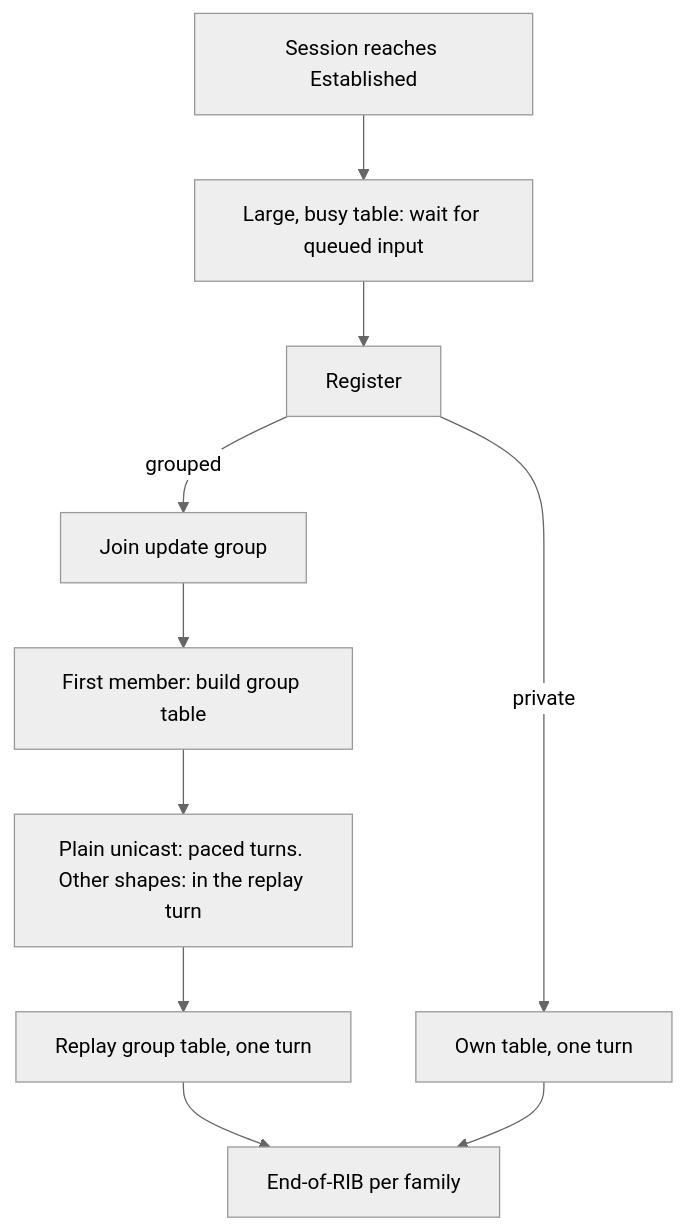
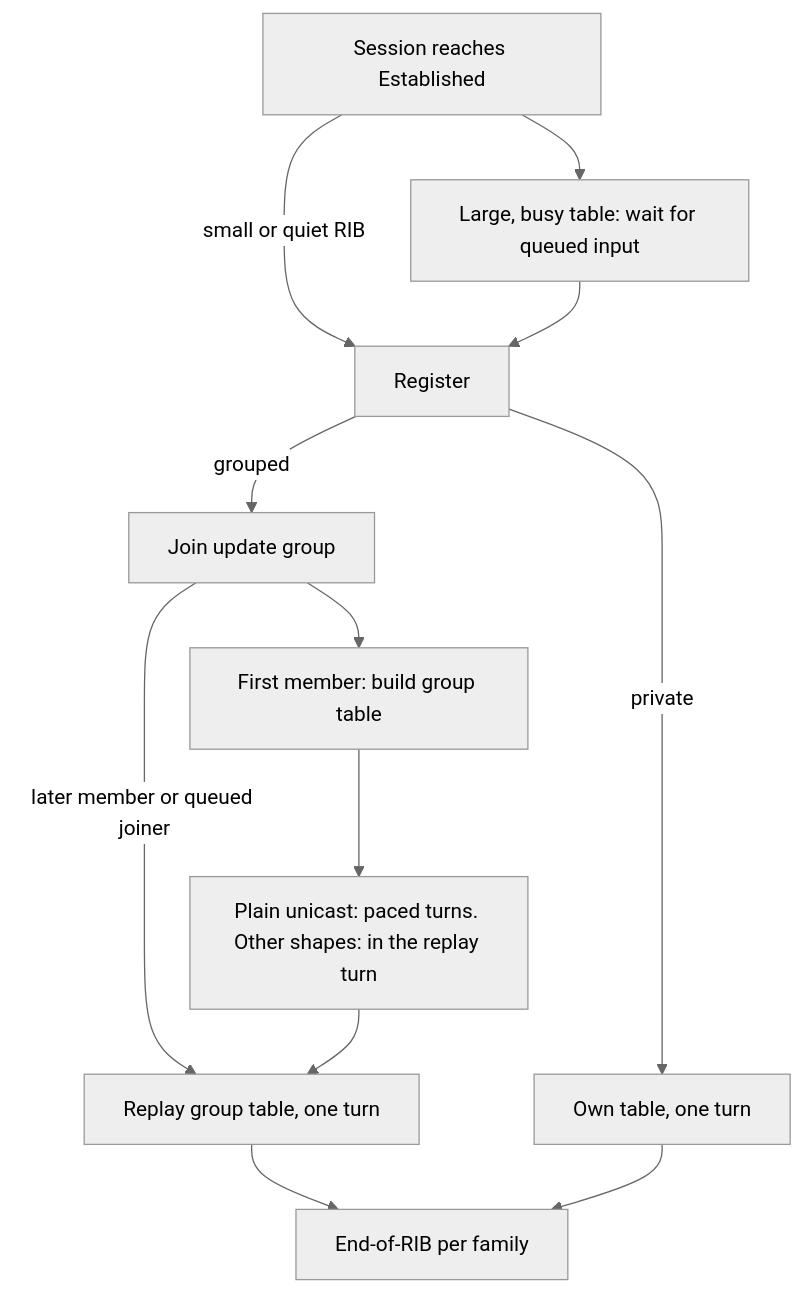
Before and after one commit to lance0/rustbgpd: the second of 5 diagrams in docs/reference/rib-lifecycle.md, drawn with Mermaid (neutral theme). The commit also changed other lines of this file and 16 other files, not shown here.

````diff
--- a/docs/reference/rib-lifecycle.md
+++ b/docs/reference/rib-lifecycle.md
@@ -251,12 +252,14 @@
 ```mermaid
 flowchart TD
     U["Session reaches Established"] --> W["Large, busy table: wait for queued input"]
+    U -->|"small or quiet RIB"| J
     W --> J["Register"]
     J -->|"grouped"| E["Join update group"]
     J -->|"private"| V["Own table, one turn"]
     E --> F["First member: build group table"]
+    E -->|"later member or queued joiner"| T
     F --> N["Plain unicast: paced turns. Other shapes: in the replay turn"]
     N --> T["Replay group table, one turn"]
     T --> X["End-of-RIB per family"]
     V --> X
 ```
````
